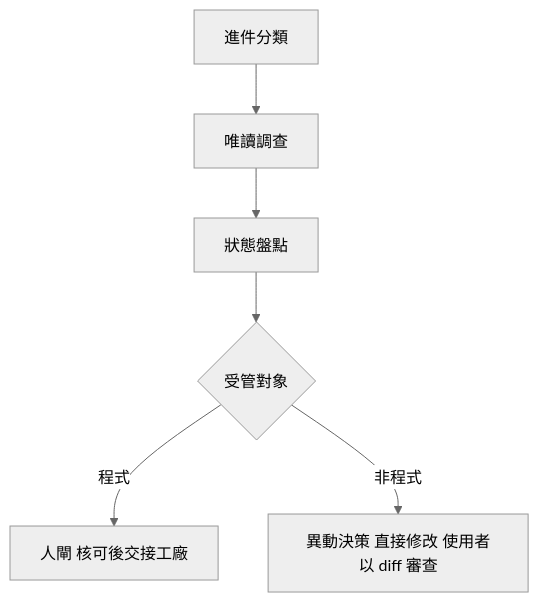
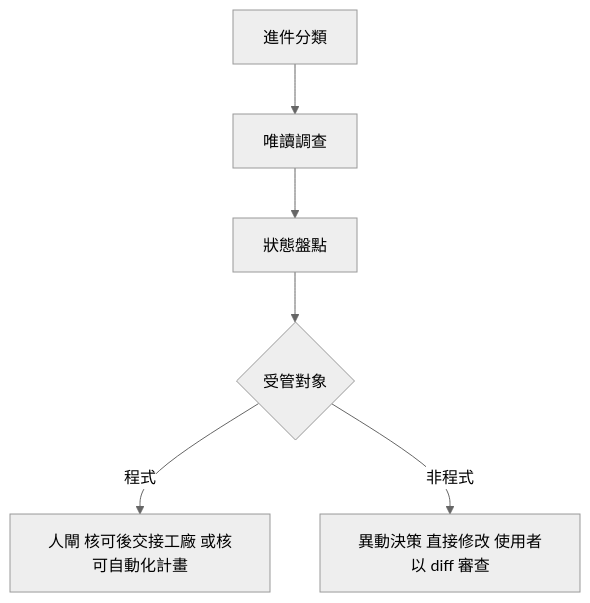
The second of 2 diagrams in README.md (nekojuice/.agents), drawn with Mermaid (neutral theme) before and after one commit. The commit also changed other lines of this file and 17 other files, not shown here.

````diff
--- a/README.md
+++ b/README.md
@@ -76,8 +76,8 @@
 ```mermaid
 flowchart TD
   A[進件分類] --> B[唯讀調查]
   B --> C[狀態盤點]
   C --> D{受管對象}
-  D -- 程式 --> E[人閘 核可後交接工廠]
+  D -- 程式 --> E[人閘 核可後交接工廠 或核可自動化計畫]
   D -- 非程式 --> F[異動決策 直接修改 使用者以 diff 審查]
 ```
````
